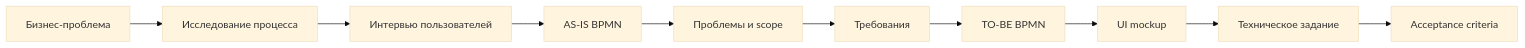
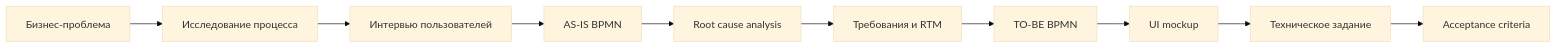
One commit to druzhinskaia/1c-order-processing-automation changed the first of 2 diagrams in README.md. Above: the diagram before and after it, drawn with Mermaid (base theme). The commit also changed other lines of this file and 10 other files, not shown here.

````diff
--- a/README.md
+++ b/README.md
@@ -13,12 +25,12 @@
 ```mermaid
 flowchart LR
     A["Бизнес-проблема"] --> B["Исследование процесса"]
     B --> C["Интервью пользователей"]
     C --> D["AS-IS BPMN"]
-    D --> E["Проблемы и scope"]
-    E --> F["Требования"]
+    D --> E["Root cause analysis"]
+    E --> F["Требования и RTM"]
     F --> G["TO-BE BPMN"]
     G --> H["UI mockup"]
     H --> I["Техническое задание"]
     I --> J["Acceptance criteria"]
 ```
````
